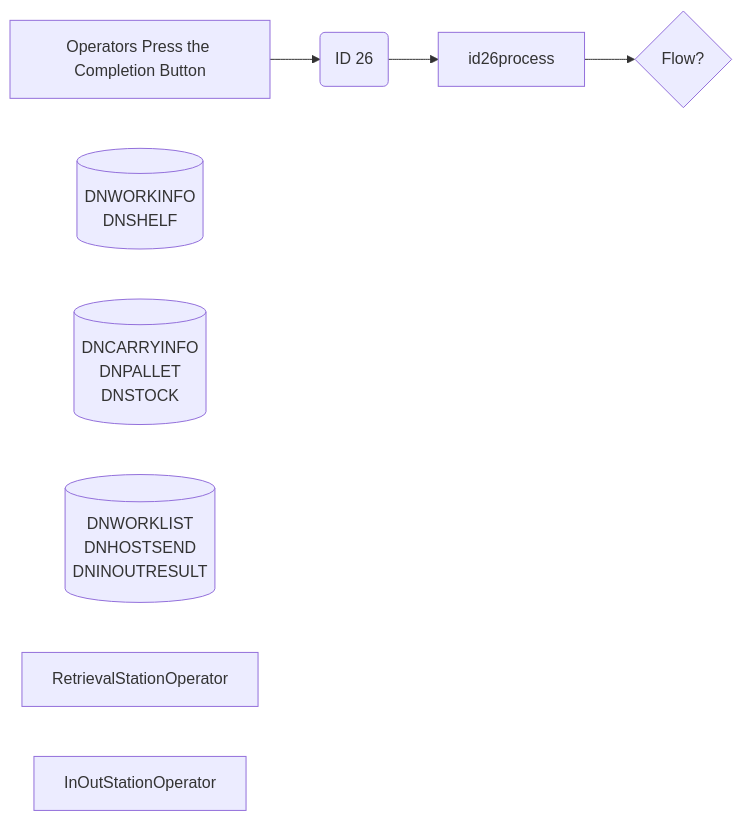
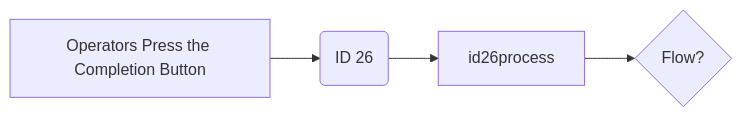
One commit to luthfiadityaa/SimeDarby-Wiki changed diagram 19 of 20 in Basic-Design/DFD-WMS/Retrieval/Specific-Location-Retrieval-Setting.md. Above: the diagram before and after it, drawn with Mermaid. The commit also changed other lines of this file, not shown here.

Commit message:
Updated Specific Location Retrieval Setting

```diff
--- a/Basic-Design/DFD-WMS/Retrieval/Specific-Location-Retrieval-Setting.md
+++ b/Basic-Design/DFD-WMS/Retrieval/Specific-Location-Retrieval-Setting.md
@@ -835,36 +835,16 @@
 ::: mermaid
 flowchart LR
 
 buttonclicked["
 Operators Press the Completion Button
 "]
 
 id26msg("
 ID 26
 ")
 
-id26-update[("
-DNWORKINFO
-DNSHELF
-")]
-
-id26-delete[("
-DNCARRYINFO
-DNPALLET
-DNSTOCK
-")]
-
-id26-insert[("
-DNWORKLIST
-DNHOSTSEND
-DNINOUTRESULT
-")]
-
 id26process[id26process]
-retrievaloperator[RetrievalStationOperator]
-inOutStationOperator[InOutStationOperator]
-
 
 buttonclicked --> id26msg
 id26msg -->id26process-->Cond1{Flow?}
 :::
```
